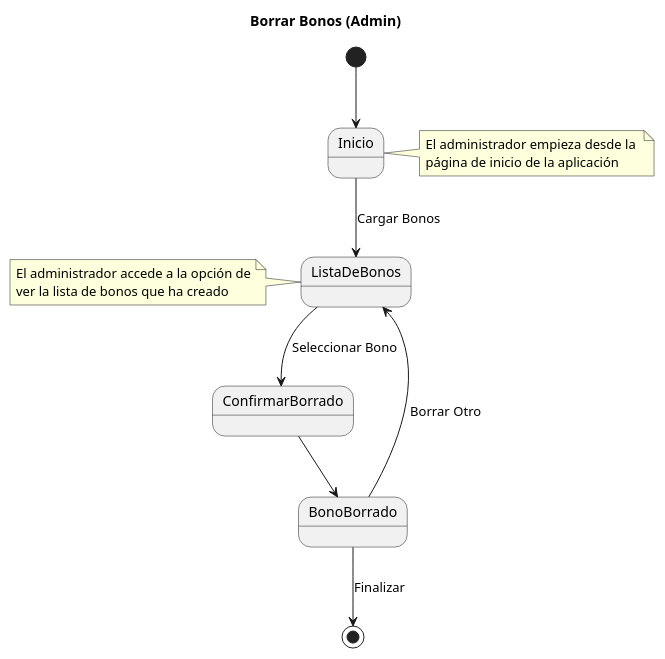
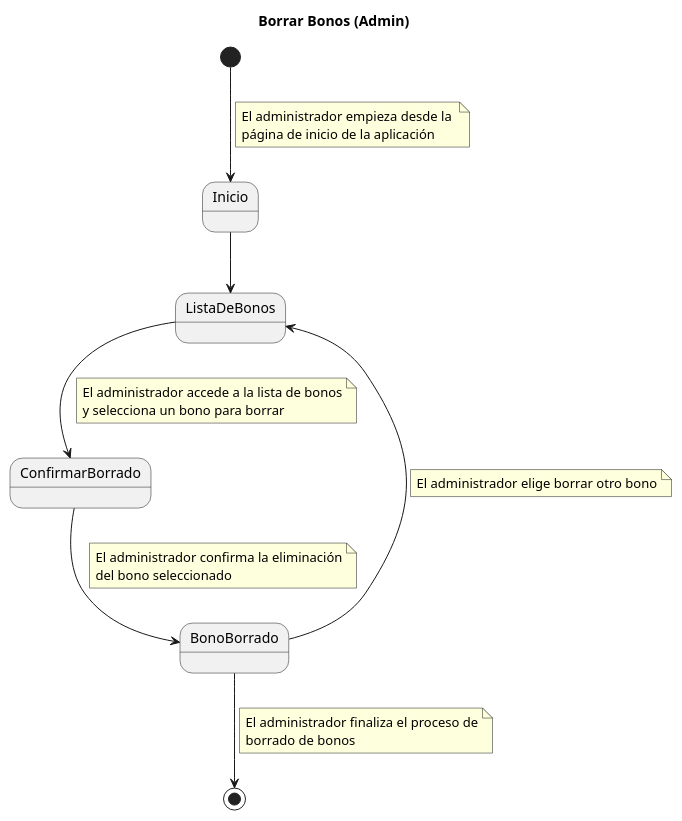
One commit to pablarce/23-24-IdSw1-SDR changed the diagram in CasosDeUso/CduDetallados/CduBonos/BorrarBonos.puml. Above: the diagram before and after it, drawn with PlantUML. The commit also changed 11 other files, not shown here.

```diff
--- a/CasosDeUso/CduDetallados/CduBonos/BorrarBonos.puml
+++ b/CasosDeUso/CduDetallados/CduBonos/BorrarBonos.puml
@@ -1,22 +1,35 @@
 @startuml
 title Borrar Bonos (Admin)
 
 [*] --> Inicio
-note right of Inicio
+note right on link
 El administrador empieza desde la 
 página de inicio de la aplicación
 end note
 
-Inicio --> ListaDeBonos : Cargar Bonos
+Inicio --> ListaDeBonos
 
-ListaDeBonos --> ConfirmarBorrado : Seleccionar Bono
-note left of ListaDeBonos 
-El administrador accede a la opción de
-ver la lista de bonos que ha creado
-endnote
+ListaDeBonos --> ConfirmarBorrado 
+note right on link
+El administrador accede a la lista de bonos
+y selecciona un bono para borrar
+end note
 
 ConfirmarBorrado --> BonoBorrado
-BonoBorrado --> ListaDeBonos : Borrar Otro
-BonoBorrado --> [*] : Finalizar
+note right on link
+El administrador confirma la eliminación
+del bono seleccionado
+end note
+
+BonoBorrado --> ListaDeBonos
+note right on link
+El administrador elige borrar otro bono
+end note
+
+BonoBorrado --> [*] 
+note right on link
+El administrador finaliza el proceso de
+borrado de bonos
+end note
 
 @enduml
```
